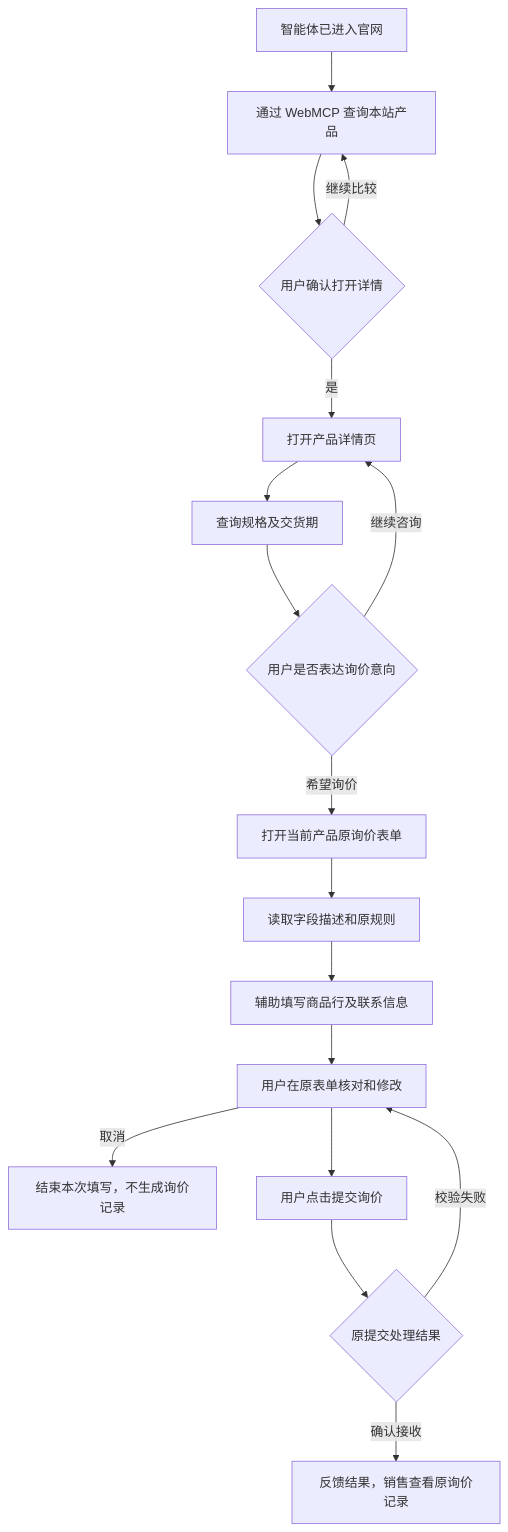
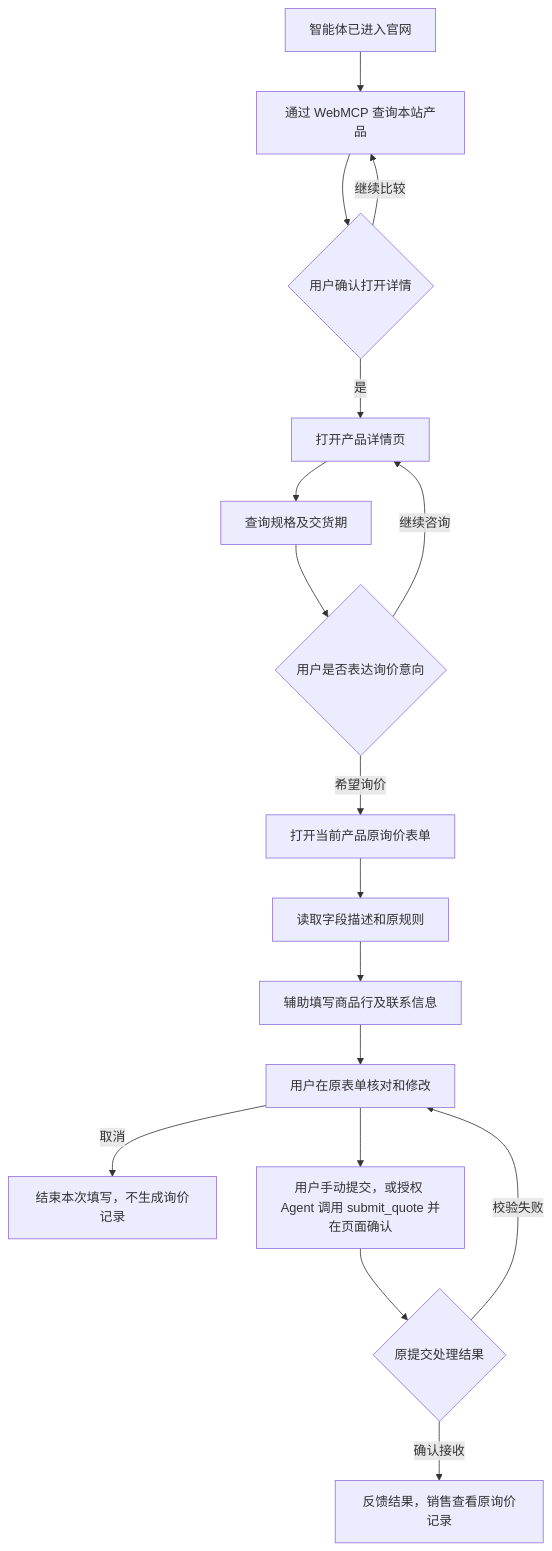
One commit to ce-bj/web-mcp changed the diagram in webmcp-inquiry-product-design.md. Above: the diagram before and after it, drawn with Mermaid. The commit also changed other lines of this file and 8 other files, not shown here.

````diff
--- a/webmcp-inquiry-product-design.md
+++ b/webmcp-inquiry-product-design.md
@@ -83,19 +83,19 @@
 ```mermaid
 flowchart TD
     A[智能体已进入官网] --> B[通过 WebMCP 查询本站产品]
     B --> B1{用户确认打开详情}
     B1 -->|是| C[打开产品详情页]
     B1 -->|继续比较| B
     C --> D[查询规格及交货期]
     D --> E{用户是否表达询价意向}
     E -->|继续咨询| C
     E -->|希望询价| F[打开当前产品原询价表单]
     F --> G[读取字段描述和原规则]
     G --> H[辅助填写商品行及联系信息]
     H --> I[用户在原表单核对和修改]
     I -->|取消| M[结束本次填写，不生成询价记录]
-    I --> J[用户点击提交询价]
+    I --> J[用户手动提交，或授权 Agent 调用 submit_quote 并在页面确认]
     J --> K{原提交处理结果}
     K -->|校验失败| I
     K -->|确认接收| L[反馈结果，销售查看原询价记录]
 ```
````
